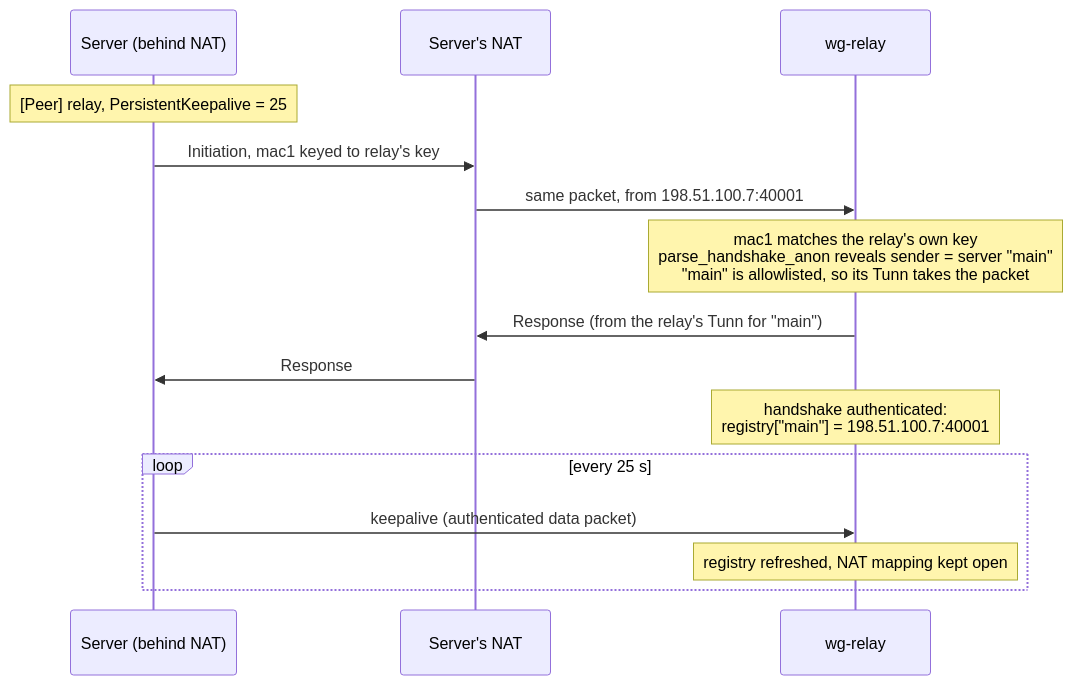
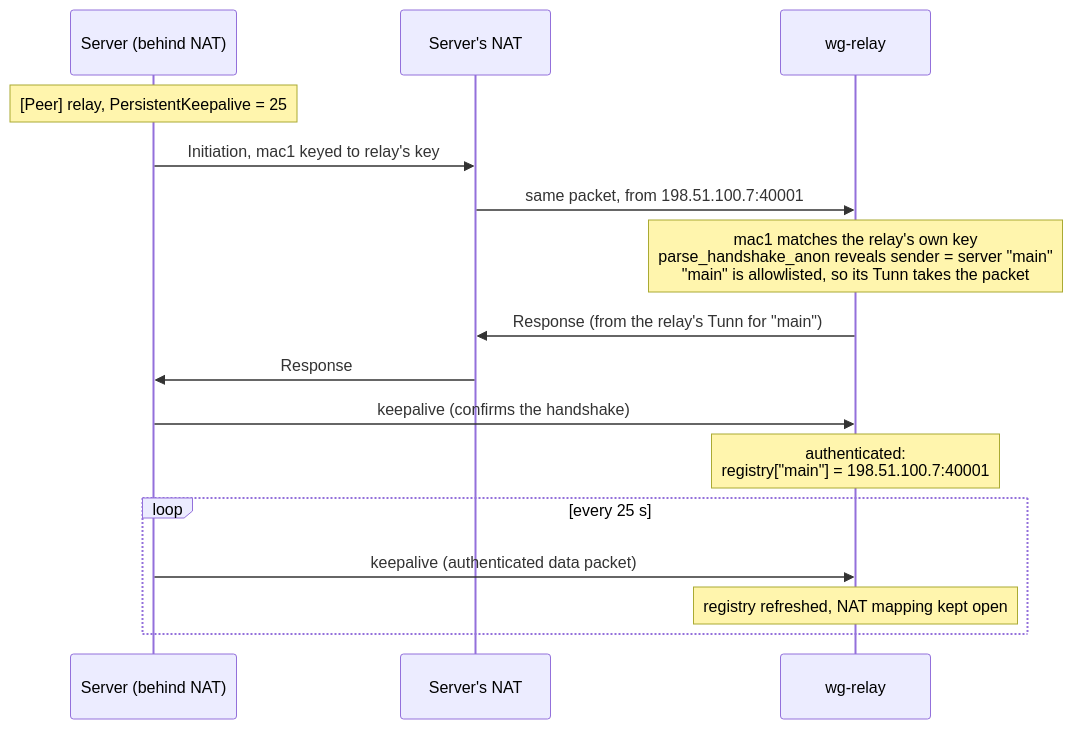
The ninth of 22 diagrams in docs/how-it-works.md (3alpha/wg-relay), drawn with Mermaid before and after one commit. The commit also changed other lines of this file, not shown here.

````diff
--- a/docs/how-it-works.md
+++ b/docs/how-it-works.md
@@ -176,17 +413,18 @@
 ```mermaid
 sequenceDiagram
     participant S as Server (behind NAT)
     participant N as Server's NAT
     participant R as wg-relay
     Note over S: [Peer] relay, PersistentKeepalive = 25
     S->>N: Initiation, mac1 keyed to relay's key
     N->>R: same packet, from 198.51.100.7:40001
     Note over R: mac1 matches the relay's own key<br/>parse_handshake_anon reveals sender = server "main"<br/>"main" is allowlisted, so its Tunn takes the packet
     R->>N: Response (from the relay's Tunn for "main")
     N->>S: Response
-    Note over R: handshake authenticated:<br/>registry["main"] = 198.51.100.7:40001
+    S->>R: keepalive (confirms the handshake)
+    Note over R: authenticated:<br/>registry["main"] = 198.51.100.7:40001
     loop every 25 s
         S->>R: keepalive (authenticated data packet)
         Note over R: registry refreshed, NAT mapping kept open
     end
 ```
````
